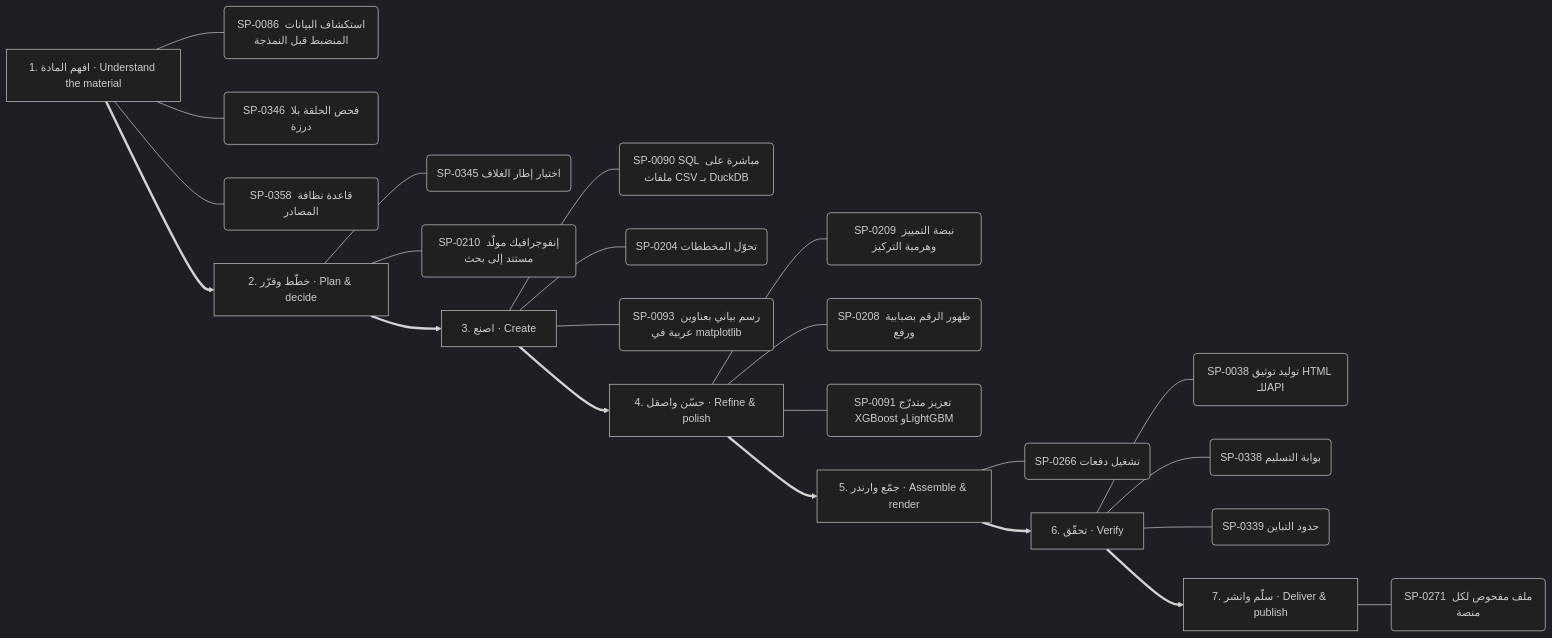
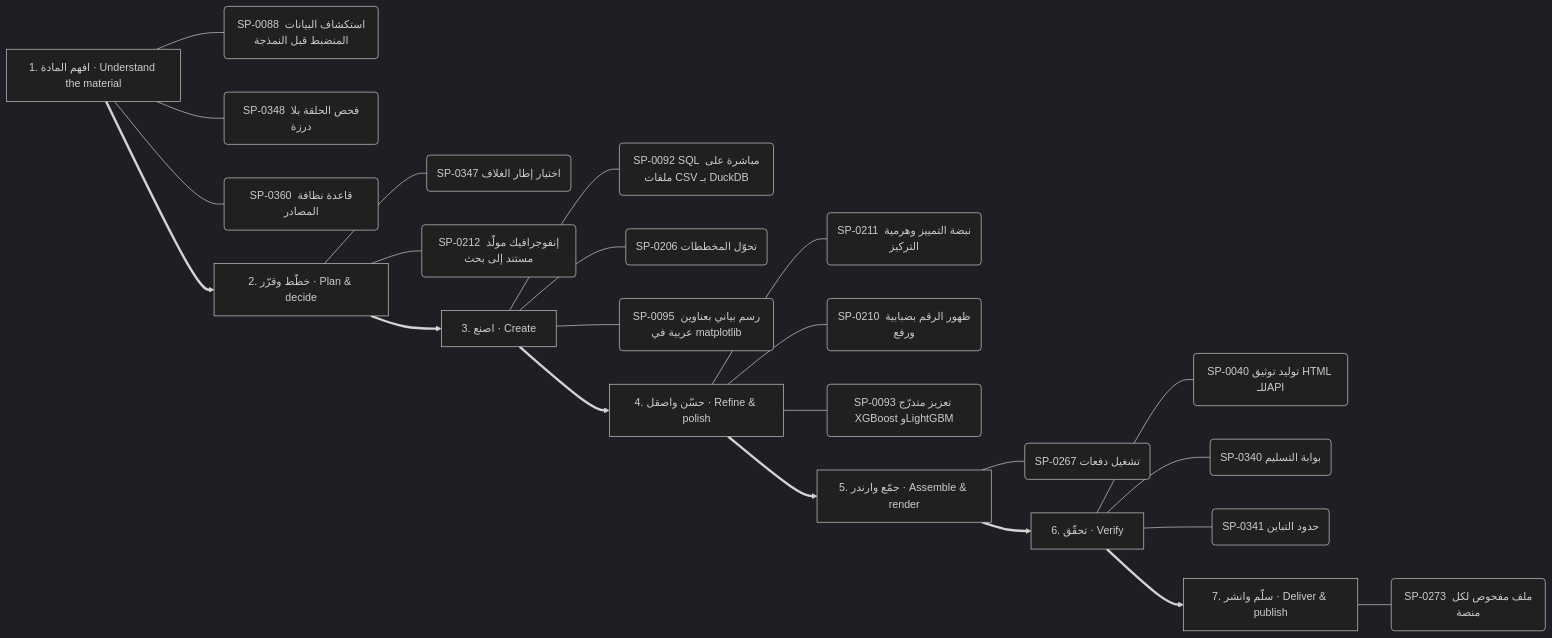
Before and after one commit to kosif199022-jpg/kosif-tool: diagram 12 of 13 in .claude/skills/kosif-superpowers/references/capability-mindmap.md, drawn with Mermaid (dark theme). The commit also changed other lines of this file and 65 other files, not shown here.

````diff
--- a/.claude/skills/kosif-superpowers/references/capability-mindmap.md
+++ b/.claude/skills/kosif-superpowers/references/capability-mindmap.md
@@ -592,32 +592,32 @@
 ```mermaid
 flowchart LR
   S0["1. افهم المادة · Understand the material"]
-  S0 --- S0_0("SP-0086 استكشاف البيانات المنضبط قبل النمذجة")
-  S0 --- S0_1("SP-0346 فحص الحلقة بلا درزة")
-  S0 --- S0_2("SP-0358 قاعدة نظافة المصادر")
+  S0 --- S0_0("SP-0088 استكشاف البيانات المنضبط قبل النمذجة")
+  S0 --- S0_1("SP-0348 فحص الحلقة بلا درزة")
+  S0 --- S0_2("SP-0360 قاعدة نظافة المصادر")
   S1["2. خطّط وقرّر · Plan & decide"]
-  S1 --- S1_0("SP-0345 اختيار إطار الغلاف")
-  S1 --- S1_1("SP-0210 إنفوجرافيك مولَّد مستند إلى بحث")
+  S1 --- S1_0("SP-0347 اختيار إطار الغلاف")
+  S1 --- S1_1("SP-0212 إنفوجرافيك مولَّد مستند إلى بحث")
   S0 ==> S1
   S2["3. اصنع · Create"]
-  S2 --- S2_0("SP-0090 SQL مباشرة على ملفات CSV بـ DuckDB")
-  S2 --- S2_1("SP-0204 تحوّل المخططات")
-  S2 --- S2_2("SP-0093 رسم بياني بعناوين عربية في matplotlib")
+  S2 --- S2_0("SP-0092 SQL مباشرة على ملفات CSV بـ DuckDB")
+  S2 --- S2_1("SP-0206 تحوّل المخططات")
+  S2 --- S2_2("SP-0095 رسم بياني بعناوين عربية في matplotlib")
   S1 ==> S2
   S3["4. حسّن واصقل · Refine & polish"]
-  S3 --- S3_0("SP-0209 نبضة التمييز وهرمية التركيز")
-  S3 --- S3_1("SP-0208 ظهور الرقم بضبابية ورفع")
-  S3 --- S3_2("SP-0091 تعزيز متدرّج XGBoost وLightGBM")
+  S3 --- S3_0("SP-0211 نبضة التمييز وهرمية التركيز")
+  S3 --- S3_1("SP-0210 ظهور الرقم بضبابية ورفع")
+  S3 --- S3_2("SP-0093 تعزيز متدرّج XGBoost وLightGBM")
   S2 ==> S3
   S4["5. جمّع وارندر · Assemble & render"]
-  S4 --- S4_0("SP-0266 تشغيل دفعات")
+  S4 --- S4_0("SP-0267 تشغيل دفعات")
   S3 ==> S4
   S5["6. تحقّق · Verify"]
-  S5 --- S5_0("SP-0038 توليد توثيق HTML للـAPI")
-  S5 --- S5_1("SP-0338 بوابة التسليم")
-  S5 --- S5_2("SP-0339 حدود التباين")
+  S5 --- S5_0("SP-0040 توليد توثيق HTML للـAPI")
+  S5 --- S5_1("SP-0340 بوابة التسليم")
+  S5 --- S5_2("SP-0341 حدود التباين")
   S4 ==> S5
   S6["7. سلّم وانشر · Deliver & publish"]
-  S6 --- S6_0("SP-0271 ملف مفحوص لكل منصة")
+  S6 --- S6_0("SP-0273 ملف مفحوص لكل منصة")
   S5 ==> S6
 ```
````
